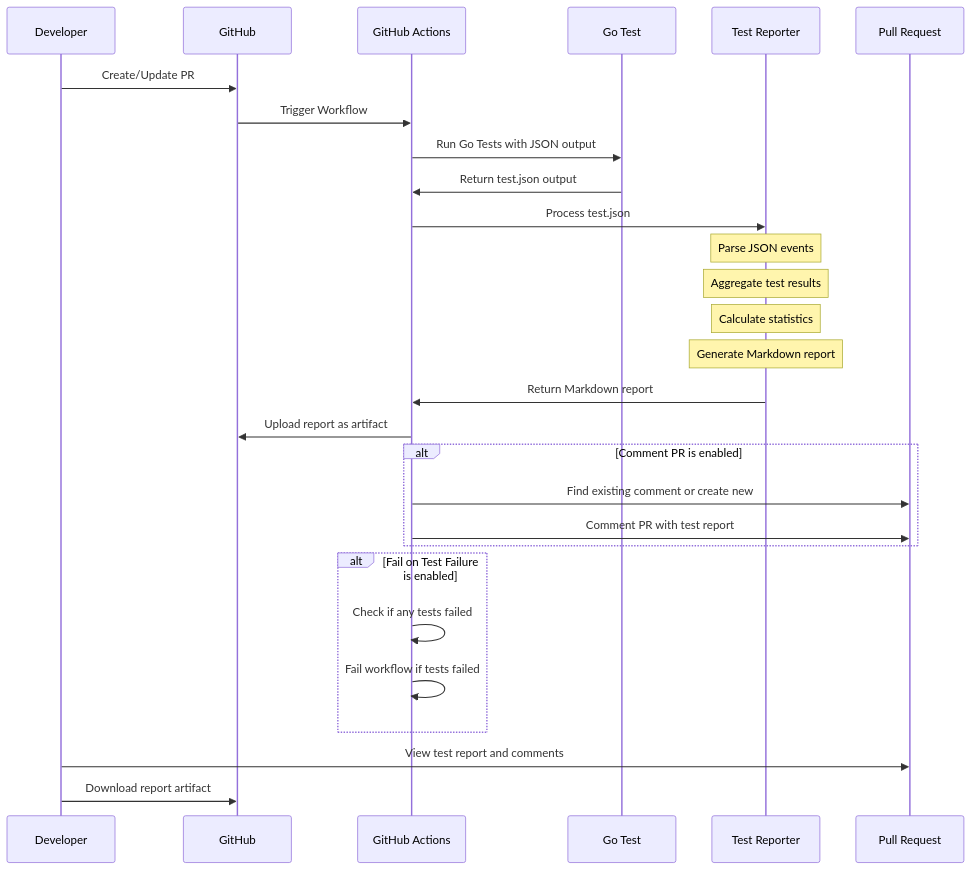
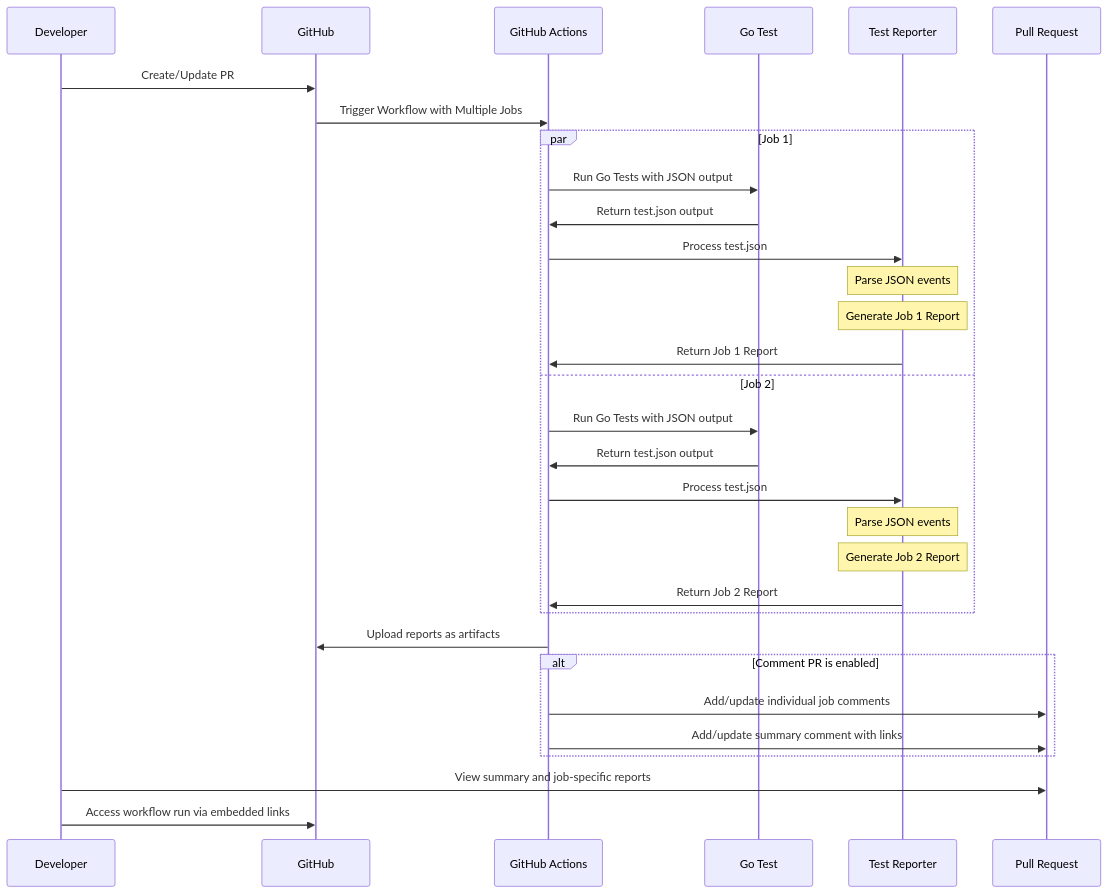
Before and after one commit to dipjyotimetia/gotest-report: the diagram in README.md, drawn with Mermaid. The commit also changed other lines of this file and 1 other file, not shown here.

````diff
--- a/README.md
+++ b/README.md
@@ -24,37 +29,38 @@
 ```mermaid
 sequenceDiagram
     participant D as Developer
     participant GH as GitHub
     participant GA as GitHub Actions
     participant GT as Go Test
     participant TR as Test Reporter
     participant PR as Pull Request
     
     D->>GH: Create/Update PR
-    GH->>GA: Trigger Workflow
+    GH->>GA: Trigger Workflow with Multiple Jobs
     
-    GA->>GT: Run Go Tests with JSON output
-    GT->>GA: Return test.json output
+    par Job 1
+        GA->>GT: Run Go Tests with JSON output
+        GT->>GA: Return test.json output
+        GA->>TR: Process test.json
+        Note over TR: Parse JSON events
+        Note over TR: Generate Job 1 Report
+        TR->>GA: Return Job 1 Report
+    and Job 2
+        GA->>GT: Run Go Tests with JSON output
+        GT->>GA: Return test.json output
+        GA->>TR: Process test.json
+        Note over TR: Parse JSON events
+        Note over TR: Generate Job 2 Report
+        TR->>GA: Return Job 2 Report
+    end
     
-    GA->>TR: Process test.json
-    Note over TR: Parse JSON events
-    Note over TR: Aggregate test results
-    Note over TR: Calculate statistics
-    Note over TR: Generate Markdown report
-    
-    TR->>GA: Return Markdown report
-    GA->>GH: Upload report as artifact
+    GA->>GH: Upload reports as artifacts
     
     alt Comment PR is enabled
-        GA->>PR: Find existing comment or create new
-        GA->>PR: Comment PR with test report
+        GA->>PR: Add/update individual job comments
+        GA->>PR: Add/update summary comment with links
     end
     
-    alt Fail on Test Failure is enabled
-        GA->>GA: Check if any tests failed
-        GA->>GA: Fail workflow if tests failed
-    end
-    
-    D->>PR: View test report and comments
-    D->>GH: Download report artifact
+    D->>PR: View summary and job-specific reports
+    D->>GH: Access workflow run via embedded links
 ```
````
